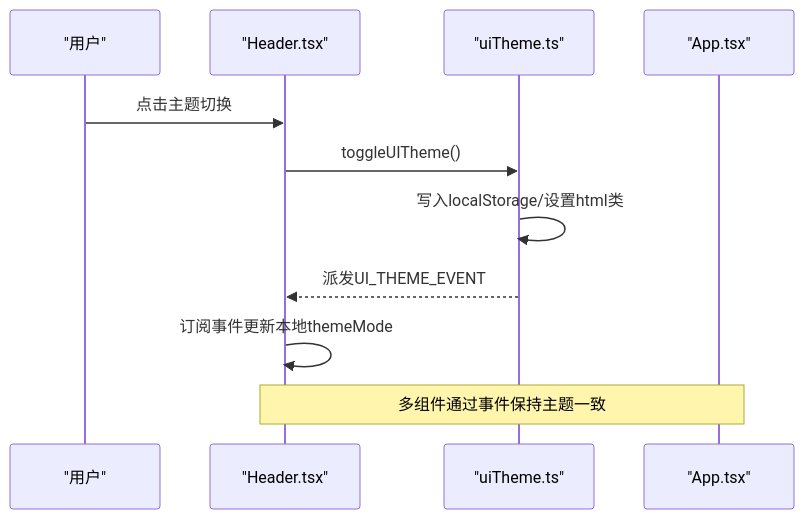
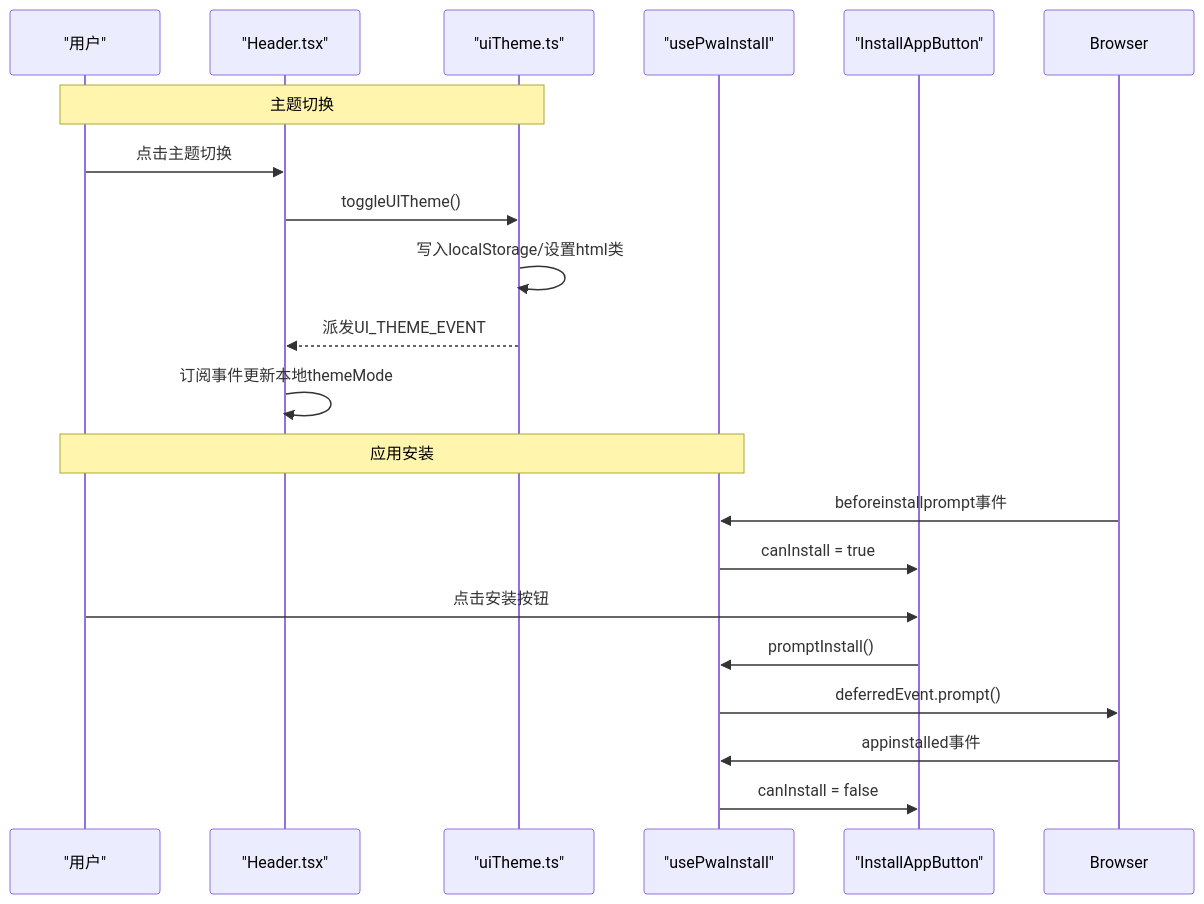
The eighth of 9 diagrams in .qoder/repowiki/zh/content/前端应用/应用架构设计.md (dgjin/smart-data-analytics), drawn with Mermaid before and after one commit. The commit also changed other lines of this file and 146 other files, not shown here.

````diff
--- a/.qoder/repowiki/zh/content/前端应用/应用架构设计.md
+++ b/.qoder/repowiki/zh/content/前端应用/应用架构设计.md
@@ -272,13 +397,22 @@
 ```mermaid
 sequenceDiagram
 participant User as "用户"
 participant Header as "Header.tsx"
 participant Theme as "uiTheme.ts"
-participant App as "App.tsx"
+participant PWA as "usePwaInstall"
+participant InstallBtn as "InstallAppButton"
+Note over User,Theme : 主题切换
 User->>Header : 点击主题切换
 Header->>Theme : toggleUITheme()
 Theme->>Theme : 写入localStorage/设置html类
 Theme-->>Header : 派发UI_THEME_EVENT
 Header->>Header : 订阅事件更新本地themeMode
-Note over Header,App : 多组件通过事件保持主题一致
+Note over User,PWA : 应用安装
+Browser->>PWA : beforeinstallprompt事件
+PWA->>InstallBtn : canInstall = true
+User->>InstallBtn : 点击安装按钮
+InstallBtn->>PWA : promptInstall()
+PWA->>Browser : deferredEvent.prompt()
+Browser->>PWA : appinstalled事件
+PWA->>InstallBtn : canInstall = false
 ```
````
